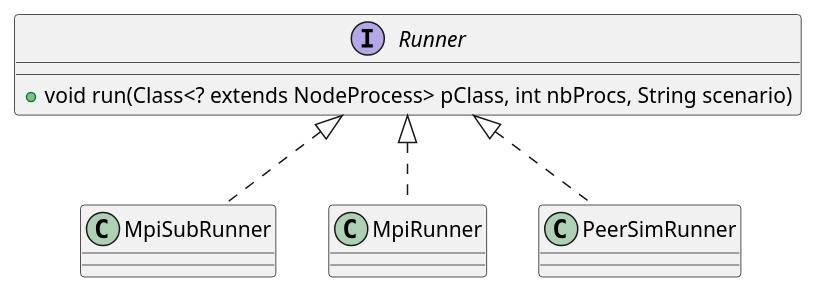
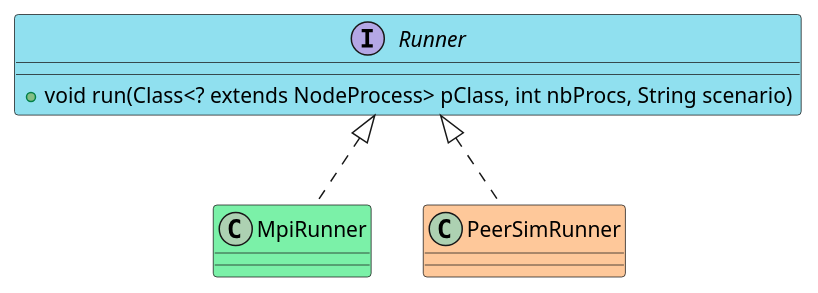
One commit to PolyProcessInterface/ppi changed the second of 5 diagrams in Rapport_carnet/Ppi_uml.wsd. Above: the diagram before and after it, drawn with PlantUML. The commit also changed other lines of this file and 2 other files, not shown here.

```diff
--- a/Rapport_carnet/Ppi_uml.wsd
+++ b/Rapport_carnet/Ppi_uml.wsd
@@ -191,14 +191,12 @@
-@startuml teste2
-class MpiSubRunner [[java:org.sar.ppi.mpi.MpiSubRunner]] {
-}
-interface Runner [[java:org.sar.ppi.Runner]] {
+@startuml RunneurPres
+
+interface Runner [[java:org.sar.ppi.Runner]] #90e0ef{
 	+void run(Class<? extends NodeProcess> pClass, int nbProcs, String scenario)
 }
-Runner <|.. MpiSubRunner
 Runner <|.. MpiRunner
 Runner <|.. PeerSimRunner
-class PeerSimRunner [[java:org.sar.ppi.peersim.PeerSimRunner]] {
+class PeerSimRunner [[java:org.sar.ppi.peersim.PeerSimRunner]] #fec89a{
 }
-class MpiRunner [[java:org.sar.ppi.mpi.MpiRunner]] {
+class MpiRunner [[java:org.sar.ppi.mpi.MpiRunner]] #7bf1a8{
 }
 @enduml
```
